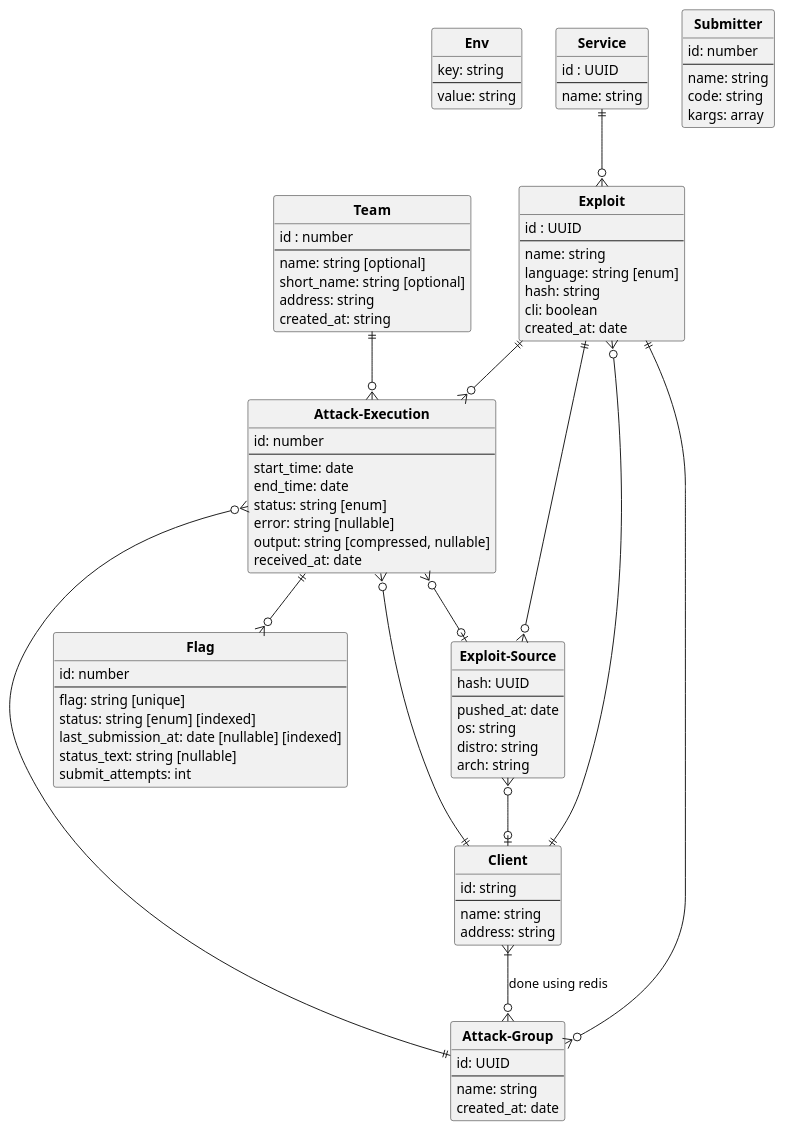
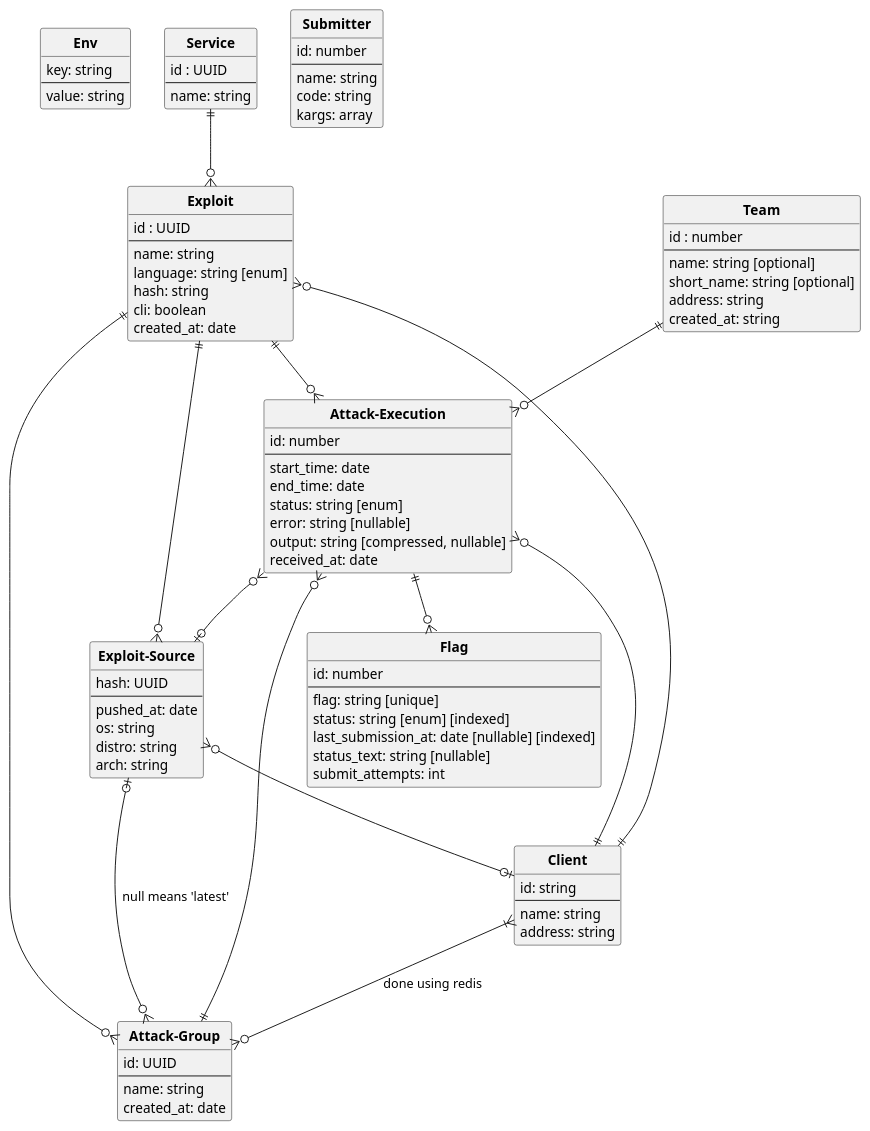
Before and after one commit to BunkyoWesterns/BunkyoFarm: the diagram in docs/db.puml, drawn with PlantUML. The commit also changed 15 other files, not shown here.

```diff
--- a/docs/db.puml
+++ b/docs/db.puml
@@ -1,103 +1,104 @@
 @startuml er-schema
 
 hide circle
 
 
 entity "**Env**" as env {
     key: string
     --
     value: string
 }
 
 entity "**Exploit**" as exploit{
     id : UUID
     --
     name: string
     language: string [enum]
     hash: string
     cli: boolean
     created_at: date
 }
 
 entity "**Flag**" as flag{
     id: number
     --
     flag: string [unique]
     status: string [enum] [indexed]
     last_submission_at: date [nullable] [indexed]
     status_text: string [nullable]
     submit_attempts: int
 }
 
 entity "**Attack-Execution**" as attack{
     id: number
     --
     start_time: date
     end_time: date
     status: string [enum]
     error: string [nullable]
     output: string [compressed, nullable]
     received_at: date
 }
 
 entity "**Client**" as client{
     id: string
     --
     name: string
     address: string
 }
 
 entity "**Service**" as service{
     id : UUID
     --
     name: string
 }
 
 entity "**Team**" as team{
     id : number
     --
     name: string [optional]
     short_name: string [optional]
     address: string
     created_at: string
 }
 
 entity "**Submitter**" as submitter{
     id: number
     --
     name: string
     code: string
     kargs: array 
 }
 
 entity "**Exploit-Source**" as exploit_source{
     hash: UUID
     --
     pushed_at: date
     os: string
     distro: string
     arch: string
 }
 
 entity "**Attack-Group**" as attack_group{
     id: UUID
     --
     name: string
     created_at: date
 }
     
 
 service ||--o{ exploit
 team ||--o{ attack
 client ||--o{ exploit
 client ||--o{ attack
 exploit ||--o{ attack
 attack ||--o{ flag
 exploit ||--o{ exploit_source
 attack_group ||--o{ attack
 exploit ||--o{ attack_group
 client }|--o{ attack_group : done using redis
 attack }o--o| exploit_source
 exploit_source }o--o| client
+attack_group }o--o| exploit_source : null means 'latest'
 
 @enduml
```
